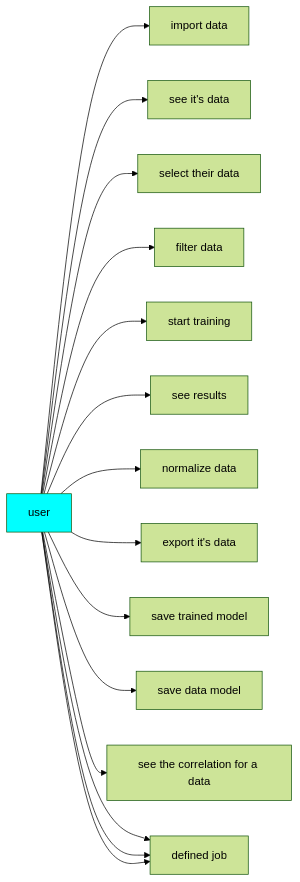
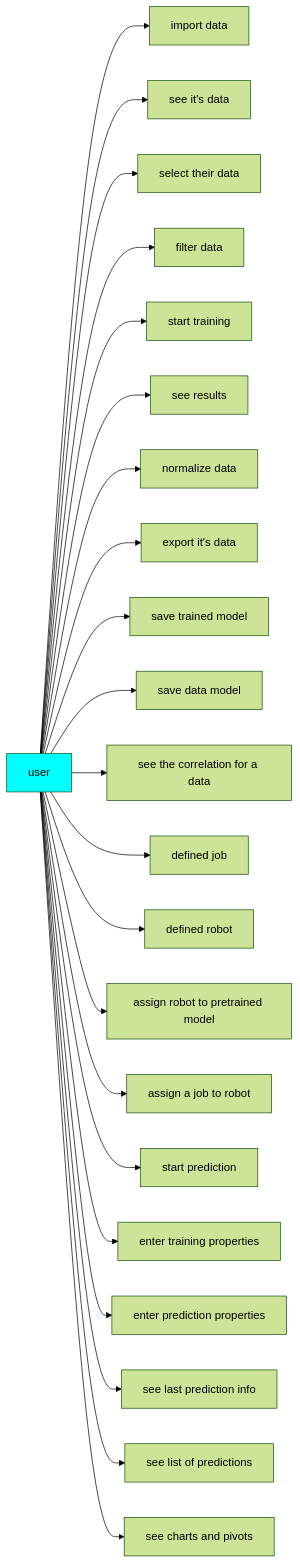
One commit to imiiii/Wiki-For-ML-Project changed the third of 3 diagrams in Test/SubPage.md. Above: the diagram before and after it, drawn with Mermaid (forest theme).

Commit message:
Updated SubPage

```diff
--- a/Test/SubPage.md
+++ b/Test/SubPage.md
@@ -26,20 +26,27 @@
 ::: mermaid
 graph LR;
 style id1 fill:#00FFFF
     id1[user]  
 id1 --> id2[import data]
 id1-->id3[see it's data]
 id1-->id4[select their data]
 id1-->id5[filter data]
 id1-->id6[start training]
 id1-->id7[see results]
 id1-->id8[normalize data]
 id1-->id9[export it's data]
 id1-->id10[save trained model]
 id1-->id11[save data model]
 id1-->id12[see the correlation for a data]
 id1-->id13[defined job]
-id1-->id13[defined job]
-id1-->id13[defined job]
+id1-->id14[defined robot]
+id1-->id15[assign robot to pretrained model]
+id1-->id16[assign a job to robot]
+id1-->id17[start prediction]
+id1-->id18[enter training properties]
+id1-->id19[enter prediction properties]
+id1-->id20[see last prediction info]
+id1-->id21[see list of predictions]
+id1-->id22[see charts and pivots]
 
 :::
```
